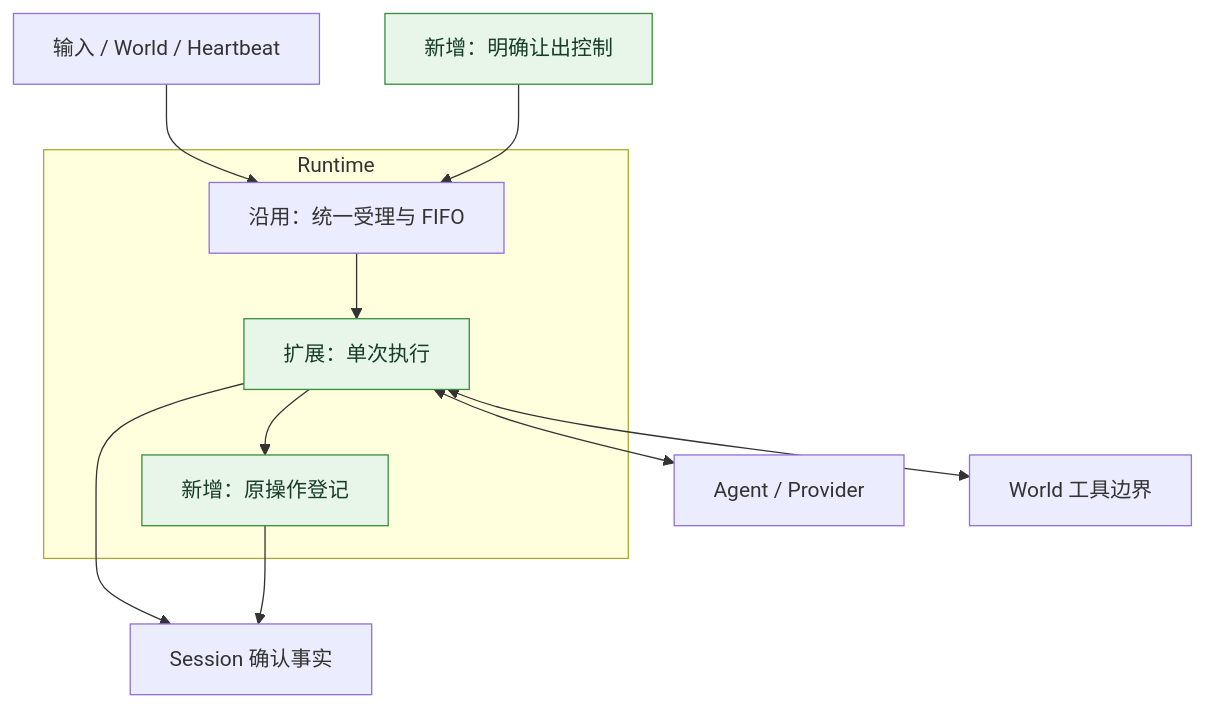
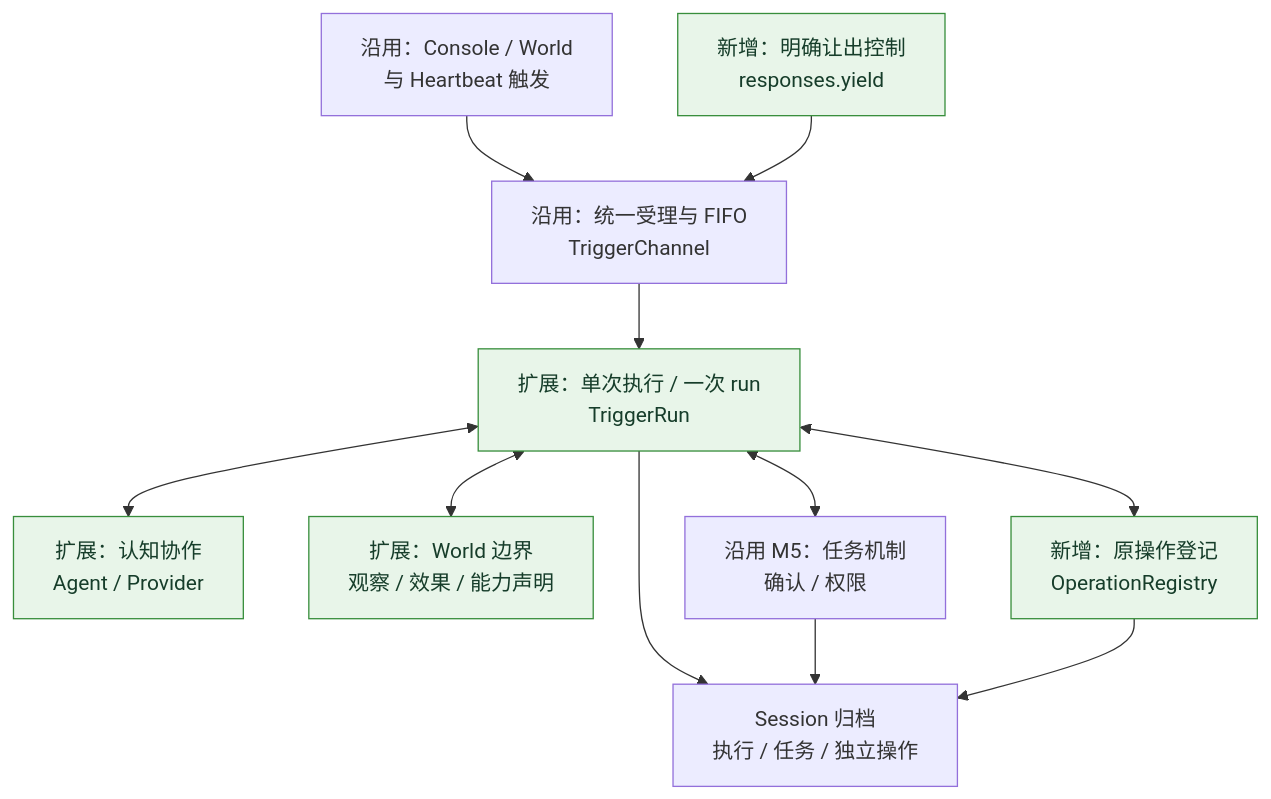
One commit to 13776578253-glitch/1002bot changed the first of 10 diagrams in docs/2026-10-12-M6.0进度与架构图.md. Above: the diagram before and after it, drawn with Mermaid. The commit also changed other lines of this file and 17 other files, not shown here.

````diff
--- a/docs/2026-10-12-M6.0进度与架构图.md
+++ b/docs/2026-10-12-M6.0进度与架构图.md
@@ -27,15 +27,15 @@
 ```mermaid
 flowchart TB
-  E[输入 / World / Heartbeat] --> Q[沿用：统一受理与 FIFO]
-  C[新增：明确让出控制] --> Q
-  subgraph RT[Runtime]
-    Q --> X[扩展：单次执行]
-    X --> D[新增：原操作登记]
-  end
-  X <--> A[Agent / Provider]
-  X <--> W[World 工具边界]
-  X --> S[Session 确认事实]
+  E[沿用：Console / World<br/>与 Heartbeat 触发] --> Q[沿用：统一受理与 FIFO<br/>TriggerChannel]
+  C[新增：明确让出控制<br/>responses.yield] --> Q
+  Q --> X[扩展：单次执行 / 一次 run<br/>TriggerRun]
+  X <--> A[扩展：认知协作<br/>Agent / Provider]
+  X <--> W[扩展：World 边界<br/>观察 / 效果 / 能力声明]
+  X <--> T[沿用 M5：任务机制<br/>确认 / 权限]
+  X <--> D[新增：原操作登记<br/>OperationRegistry]
+  X --> S[Session 归档<br/>执行 / 任务 / 独立操作]
+  T --> S
   D --> S
   classDef added fill:#e8f5e9,stroke:#388e3c,color:#163d2a;
-  class C,X,D added
+  class C,X,A,W,D added
 ```
````
